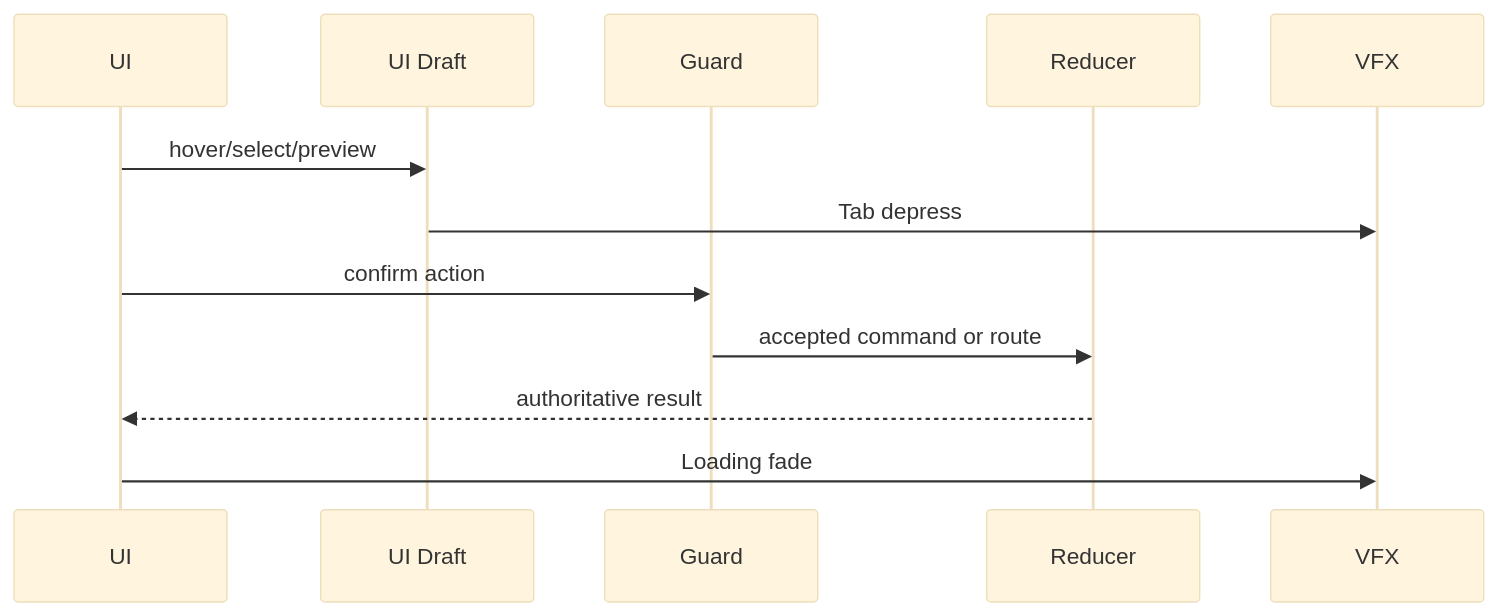
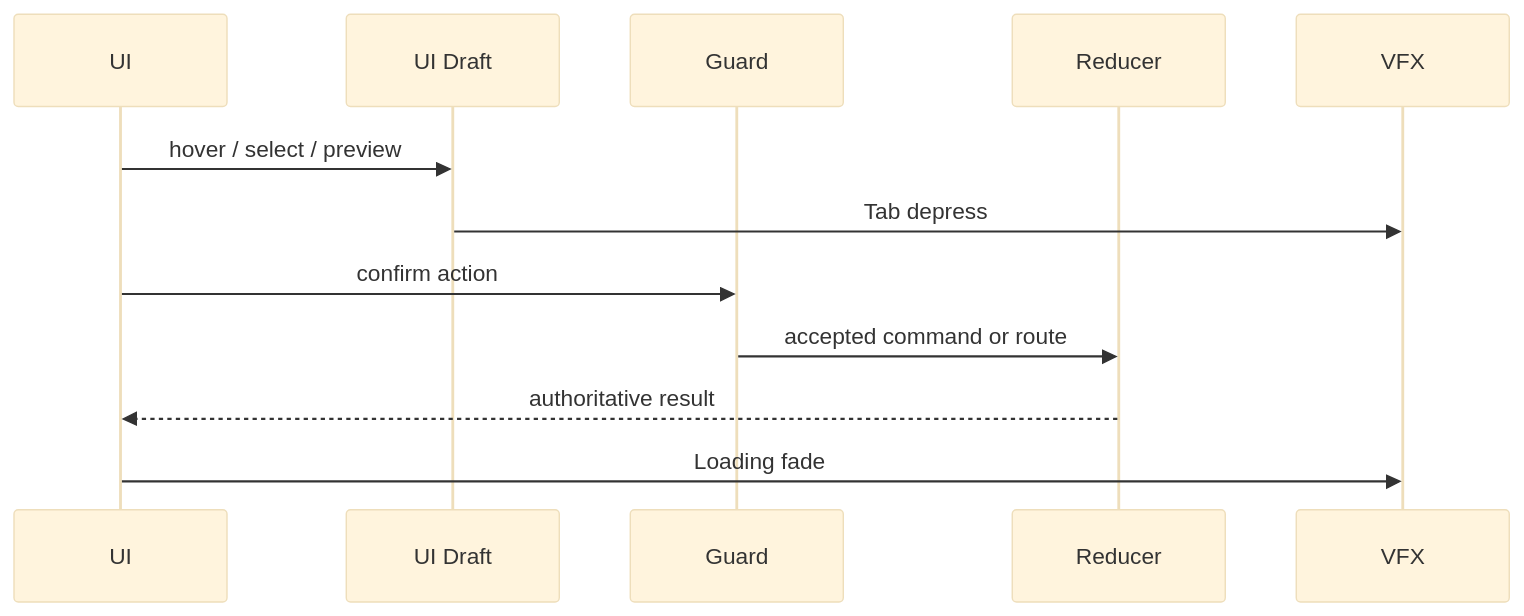
One commit to SunaNoOshiro/Heroes_Reforged_AI_Realms changed the fourth of 5 diagrams in docs/architecture/wiki/screens/02-new-game-setup/architecture.md. Above: the diagram before and after it, drawn with Mermaid (base theme). The commit also changed other lines of this file and 518 other files, not shown here.

First line of the commit message:
Add doc-audit skill and sweep architecture/screen docs

````diff
--- a/docs/architecture/wiki/screens/02-new-game-setup/architecture.md
+++ b/docs/architecture/wiki/screens/02-new-game-setup/architecture.md
@@ -54,14 +65,14 @@
 ```mermaid
 sequenceDiagram
   participant UI
   participant Draft as UI Draft
   participant Guard
   participant Reducer
   participant VFX
-  UI->>Draft: hover/select/preview
+  UI->>Draft: hover / select / preview
   Draft->>VFX: Tab depress
   UI->>Guard: confirm action
   Guard->>Reducer: accepted command or route
   Reducer-->>UI: authoritative result
   UI->>VFX: Loading fade
 ```
````
